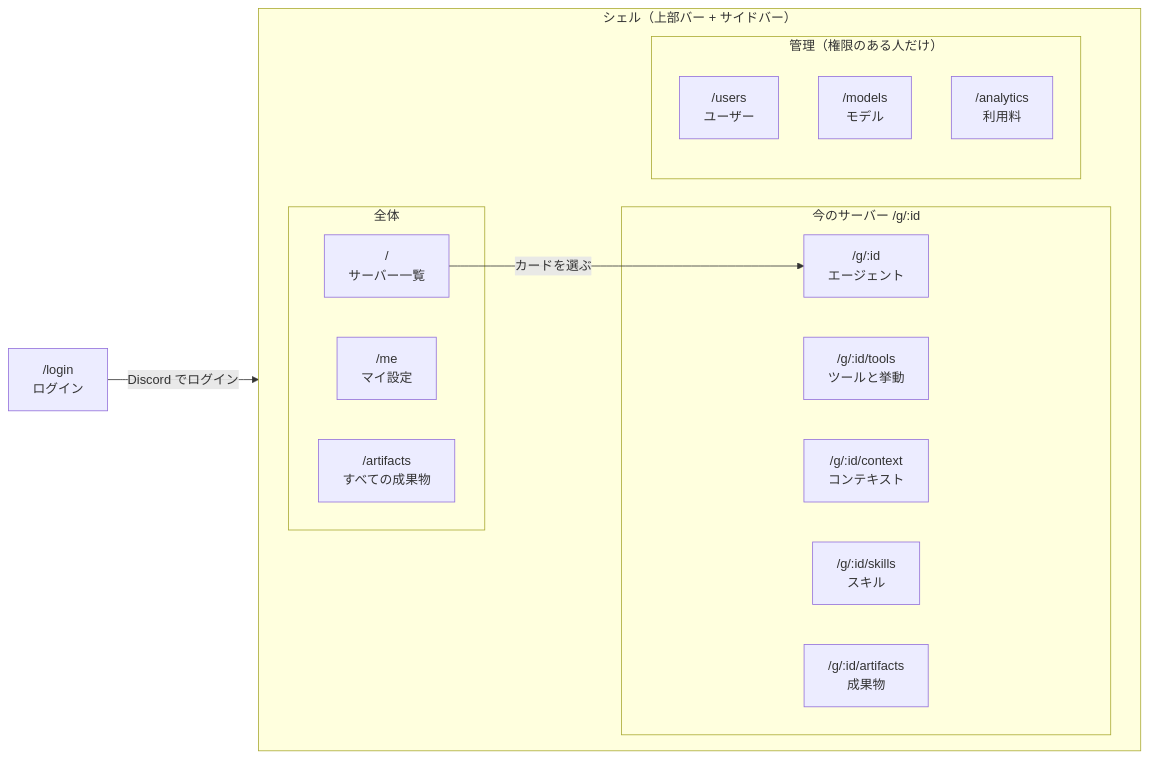
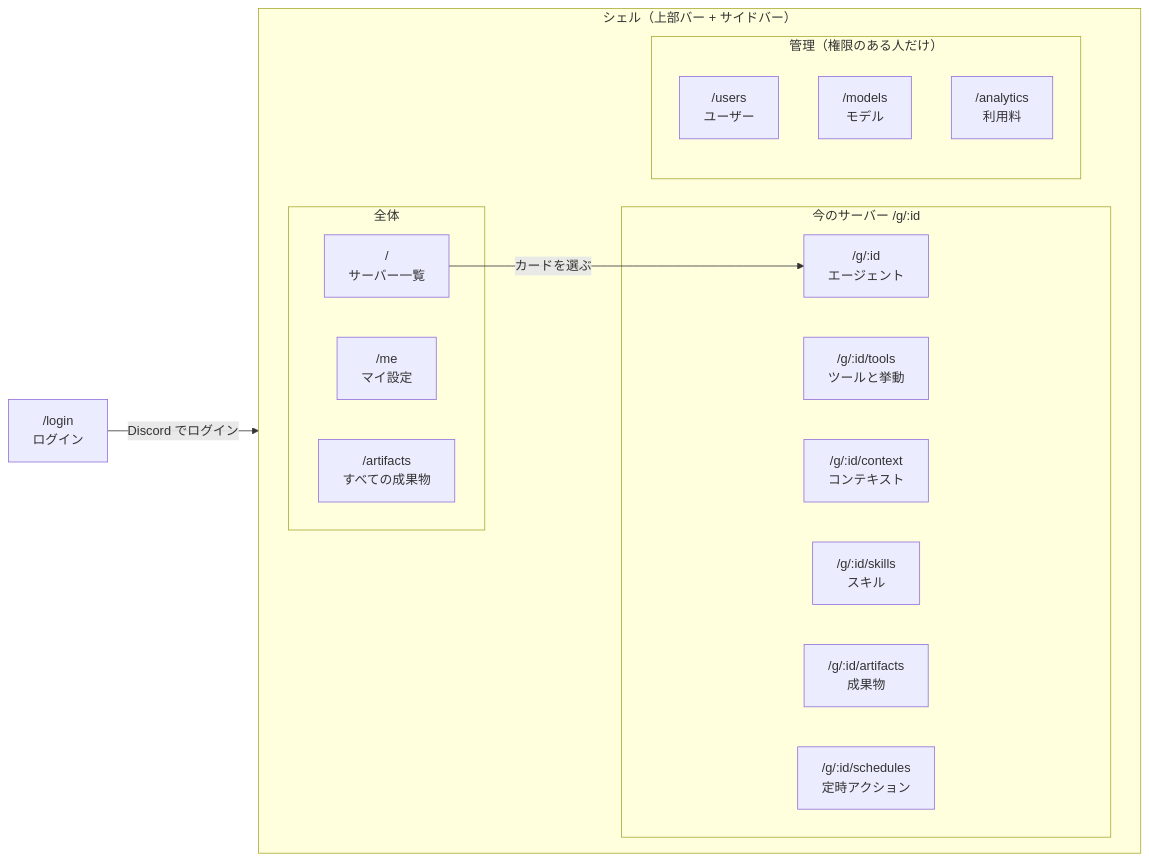
Before and after one commit to hsincode/hibana: the first of 2 diagrams in docs/web-dashboard.md, drawn with Mermaid. The commit also changed other lines of this file and 5 other files, not shown here.

````diff
--- a/docs/web-dashboard.md
+++ b/docs/web-dashboard.md
@@ -9,26 +9,27 @@
 ```mermaid
 flowchart LR
   login["/login<br>ログイン"]
   subgraph shell["シェル（上部バー + サイドバー）"]
     direction LR
     subgraph guild["今のサーバー /g/:id"]
       agent["/g/:id<br>エージェント"]
       tools["/g/:id/tools<br>ツールと挙動"]
       context["/g/:id/context<br>コンテキスト"]
       skills["/g/:id/skills<br>スキル"]
       gart["/g/:id/artifacts<br>成果物"]
+      sched["/g/:id/schedules<br>定時アクション"]
     end
     subgraph all["全体"]
       servers["/<br>サーバー一覧"]
       me["/me<br>マイ設定"]
       artifacts["/artifacts<br>すべての成果物"]
     end
     subgraph admin["管理（権限のある人だけ）"]
       users["/users<br>ユーザー"]
       models["/models<br>モデル"]
       analytics["/analytics<br>利用料"]
     end
   end
   login -- "Discord でログイン" --> servers
   servers -- "カードを選ぶ" --> agent
 ```
````
